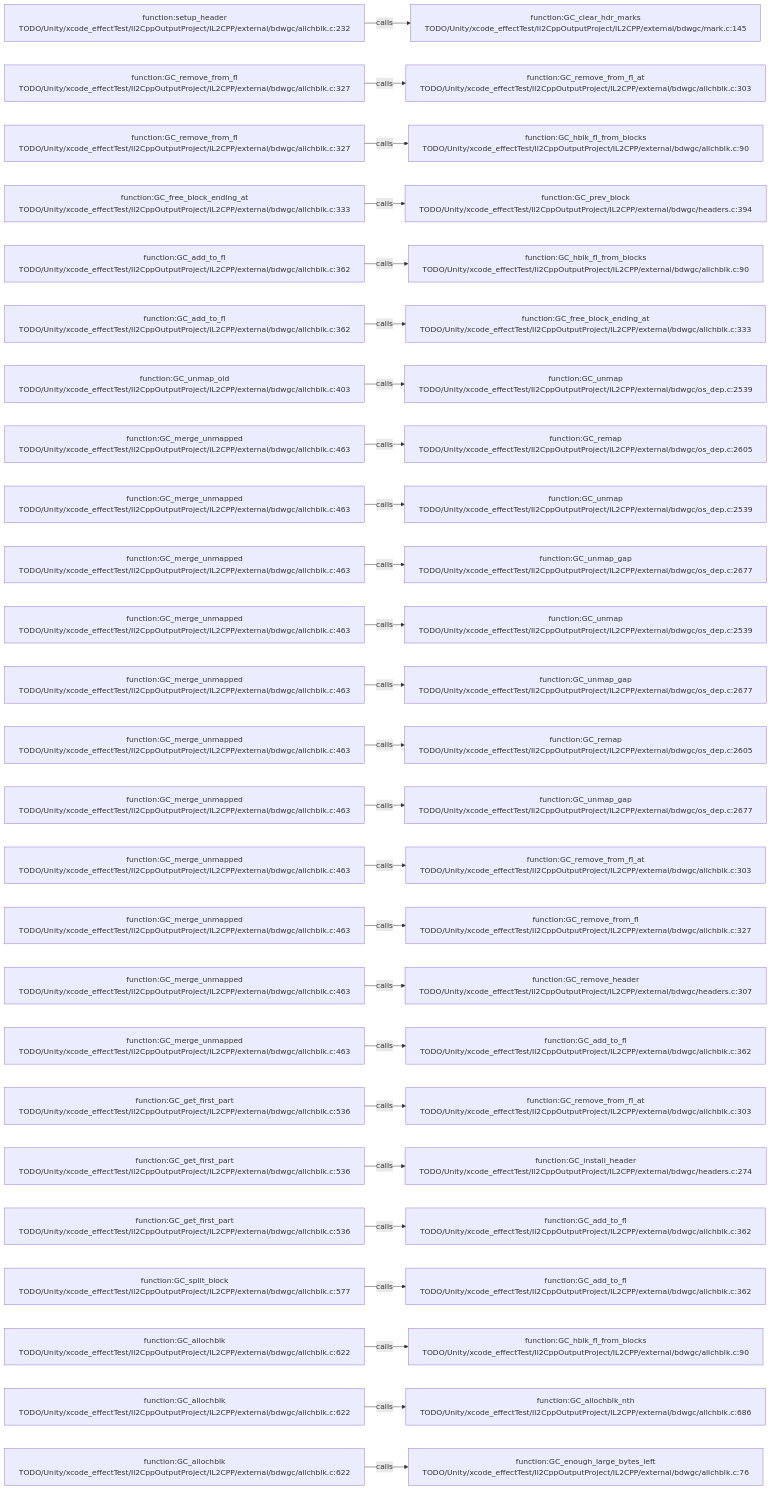
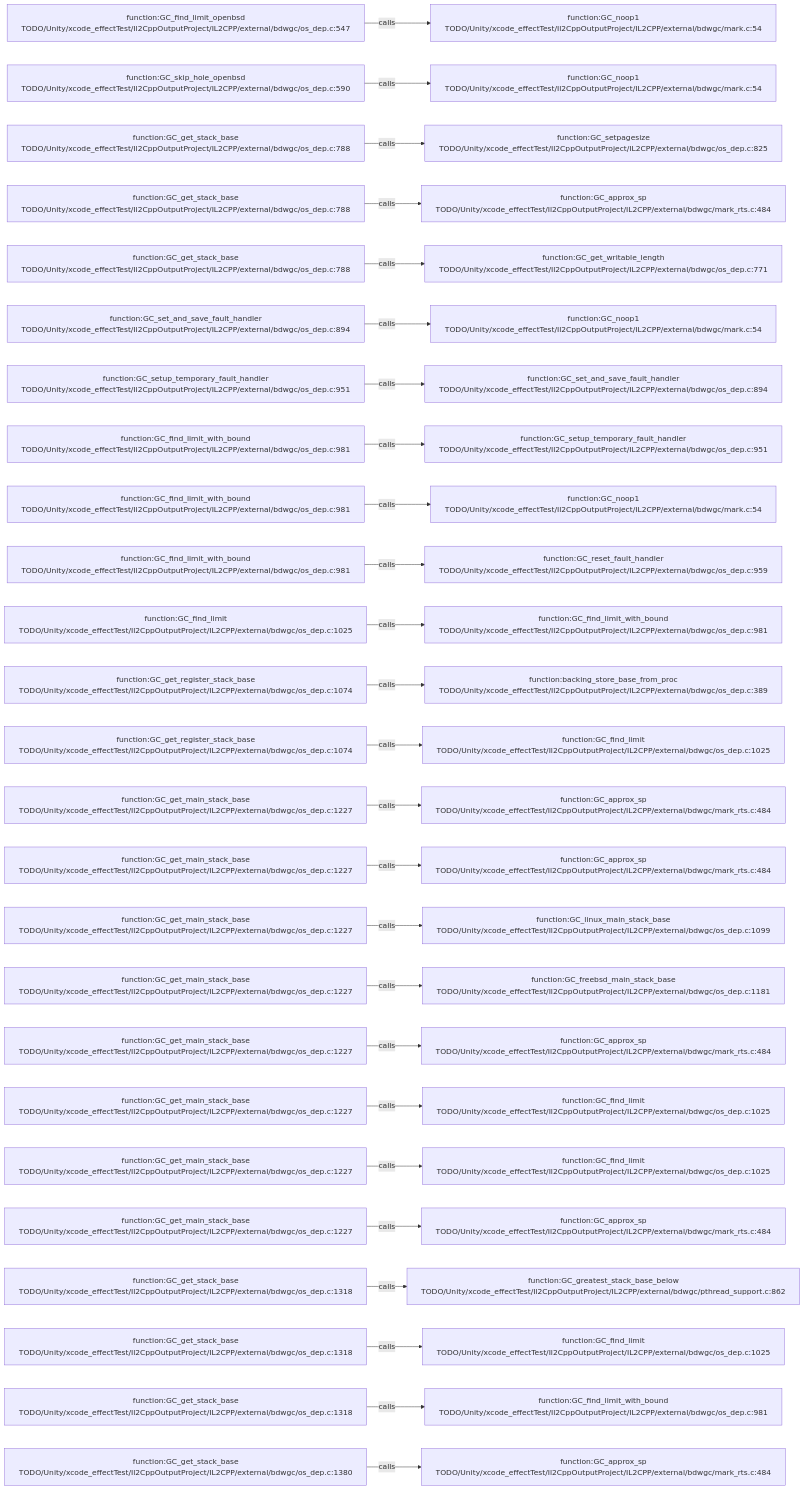
Before and after one commit to JobsKits/JobsSwiftBaseConfigDemo: the diagram in .codegraph/codegraph.md/graphs/calls-142.md, drawn with Mermaid. The commit also changed 227 other files, not shown here.

````diff
--- a/.codegraph/codegraph.md/graphs/calls-142.md
+++ b/.codegraph/codegraph.md/graphs/calls-142.md
@@ -13,78 +13,78 @@
 ```mermaid
 flowchart LR
-  S1["function:setup_header<br/>TODO/Unity/xcode_effectTest/Il2CppOutputProject/IL2CPP/external/bdwgc/allchblk.c:232"]
-  T1["function:GC_clear_hdr_marks<br/>TODO/Unity/xcode_effectTest/Il2CppOutputProject/IL2CPP/external/bdwgc/mark.c:145"]
+  S1["function:GC_find_limit_openbsd<br/>TODO/Unity/xcode_effectTest/Il2CppOutputProject/IL2CPP/external/bdwgc/os_dep.c:547"]
+  T1["function:GC_noop1<br/>TODO/Unity/xcode_effectTest/Il2CppOutputProject/IL2CPP/external/bdwgc/mark.c:54"]
   S1 -->|calls| T1
-  S2["function:GC_remove_from_fl<br/>TODO/Unity/xcode_effectTest/Il2CppOutputProject/IL2CPP/external/bdwgc/allchblk.c:327"]
-  T2["function:GC_remove_from_fl_at<br/>TODO/Unity/xcode_effectTest/Il2CppOutputProject/IL2CPP/external/bdwgc/allchblk.c:303"]
+  S2["function:GC_skip_hole_openbsd<br/>TODO/Unity/xcode_effectTest/Il2CppOutputProject/IL2CPP/external/bdwgc/os_dep.c:590"]
+  T2["function:GC_noop1<br/>TODO/Unity/xcode_effectTest/Il2CppOutputProject/IL2CPP/external/bdwgc/mark.c:54"]
   S2 -->|calls| T2
-  S3["function:GC_remove_from_fl<br/>TODO/Unity/xcode_effectTest/Il2CppOutputProject/IL2CPP/external/bdwgc/allchblk.c:327"]
-  T3["function:GC_hblk_fl_from_blocks<br/>TODO/Unity/xcode_effectTest/Il2CppOutputProject/IL2CPP/external/bdwgc/allchblk.c:90"]
+  S3["function:GC_get_stack_base<br/>TODO/Unity/xcode_effectTest/Il2CppOutputProject/IL2CPP/external/bdwgc/os_dep.c:788"]
+  T3["function:GC_setpagesize<br/>TODO/Unity/xcode_effectTest/Il2CppOutputProject/IL2CPP/external/bdwgc/os_dep.c:825"]
   S3 -->|calls| T3
-  S4["function:GC_free_block_ending_at<br/>TODO/Unity/xcode_effectTest/Il2CppOutputProject/IL2CPP/external/bdwgc/allchblk.c:333"]
-  T4["function:GC_prev_block<br/>TODO/Unity/xcode_effectTest/Il2CppOutputProject/IL2CPP/external/bdwgc/headers.c:394"]
+  S4["function:GC_get_stack_base<br/>TODO/Unity/xcode_effectTest/Il2CppOutputProject/IL2CPP/external/bdwgc/os_dep.c:788"]
+  T4["function:GC_approx_sp<br/>TODO/Unity/xcode_effectTest/Il2CppOutputProject/IL2CPP/external/bdwgc/mark_rts.c:484"]
   S4 -->|calls| T4
-  S5["function:GC_add_to_fl<br/>TODO/Unity/xcode_effectTest/Il2CppOutputProject/IL2CPP/external/bdwgc/allchblk.c:362"]
-  T5["function:GC_hblk_fl_from_blocks<br/>TODO/Unity/xcode_effectTest/Il2CppOutputProject/IL2CPP/external/bdwgc/allchblk.c:90"]
+  S5["function:GC_get_stack_base<br/>TODO/Unity/xcode_effectTest/Il2CppOutputProject/IL2CPP/external/bdwgc/os_dep.c:788"]
+  T5["function:GC_get_writable_length<br/>TODO/Unity/xcode_effectTest/Il2CppOutputProject/IL2CPP/external/bdwgc/os_dep.c:771"]
   S5 -->|calls| T5
-  S6["function:GC_add_to_fl<br/>TODO/Unity/xcode_effectTest/Il2CppOutputProject/IL2CPP/external/bdwgc/allchblk.c:362"]
-  T6["function:GC_free_block_ending_at<br/>TODO/Unity/xcode_effectTest/Il2CppOutputProject/IL2CPP/external/bdwgc/allchblk.c:333"]
+  S6["function:GC_set_and_save_fault_handler<br/>TODO/Unity/xcode_effectTest/Il2CppOutputProject/IL2CPP/external/bdwgc/os_dep.c:894"]
+  T6["function:GC_noop1<br/>TODO/Unity/xcode_effectTest/Il2CppOutputProject/IL2CPP/external/bdwgc/mark.c:54"]
   S6 -->|calls| T6
-  S7["function:GC_unmap_old<br/>TODO/Unity/xcode_effectTest/Il2CppOutputProject/IL2CPP/external/bdwgc/allchblk.c:403"]
-  T7["function:GC_unmap<br/>TODO/Unity/xcode_effectTest/Il2CppOutputProject/IL2CPP/external/bdwgc/os_dep.c:2539"]
+  S7["function:GC_setup_temporary_fault_handler<br/>TODO/Unity/xcode_effectTest/Il2CppOutputProject/IL2CPP/external/bdwgc/os_dep.c:951"]
+  T7["function:GC_set_and_save_fault_handler<br/>TODO/Unity/xcode_effectTest/Il2CppOutputProject/IL2CPP/external/bdwgc/os_dep.c:894"]
   S7 -->|calls| T7
-  S8["function:GC_merge_unmapped<br/>TODO/Unity/xcode_effectTest/Il2CppOutputProject/IL2CPP/external/bdwgc/allchblk.c:463"]
-  T8["function:GC_remap<br/>TODO/Unity/xcode_effectTest/Il2CppOutputProject/IL2CPP/external/bdwgc/os_dep.c:2605"]
+  S8["function:GC_find_limit_with_bound<br/>TODO/Unity/xcode_effectTest/Il2CppOutputProject/IL2CPP/external/bdwgc/os_dep.c:981"]
+  T8["function:GC_setup_temporary_fault_handler<br/>TODO/Unity/xcode_effectTest/Il2CppOutputProject/IL2CPP/external/bdwgc/os_dep.c:951"]
   S8 -->|calls| T8
-  S9["function:GC_merge_unmapped<br/>TODO/Unity/xcode_effectTest/Il2CppOutputProject/IL2CPP/external/bdwgc/allchblk.c:463"]
-  T9["function:GC_unmap<br/>TODO/Unity/xcode_effectTest/Il2CppOutputProject/IL2CPP/external/bdwgc/os_dep.c:2539"]
+  S9["function:GC_find_limit_with_bound<br/>TODO/Unity/xcode_effectTest/Il2CppOutputProject/IL2CPP/external/bdwgc/os_dep.c:981"]
+  T9["function:GC_noop1<br/>TODO/Unity/xcode_effectTest/Il2CppOutputProject/IL2CPP/external/bdwgc/mark.c:54"]
   S9 -->|calls| T9
-  S10["function:GC_merge_unmapped<br/>TODO/Unity/xcode_effectTest/Il2CppOutputProject/IL2CPP/external/bdwgc/allchblk.c:463"]
-  T10["function:GC_unmap_gap<br/>TODO/Unity/xcode_effectTest/Il2CppOutputProject/IL2CPP/external/bdwgc/os_dep.c:2677"]
+  S10["function:GC_find_limit_with_bound<br/>TODO/Unity/xcode_effectTest/Il2CppOutputProject/IL2CPP/external/bdwgc/os_dep.c:981"]
+  T10["function:GC_reset_fault_handler<br/>TODO/Unity/xcode_effectTest/Il2CppOutputProject/IL2CPP/external/bdwgc/os_dep.c:959"]
   S10 -->|calls| T10
-  S11["function:GC_merge_unmapped<br/>TODO/Unity/xcode_effectTest/Il2CppOutputProject/IL2CPP/external/bdwgc/allchblk.c:463"]
-  T11["function:GC_unmap<br/>TODO/Unity/xcode_effectTest/Il2CppOutputProject/IL2CPP/external/bdwgc/os_dep.c:2539"]
+  S11["function:GC_find_limit<br/>TODO/Unity/xcode_effectTest/Il2CppOutputProject/IL2CPP/external/bdwgc/os_dep.c:1025"]
+  T11["function:GC_find_limit_with_bound<br/>TODO/Unity/xcode_effectTest/Il2CppOutputProject/IL2CPP/external/bdwgc/os_dep.c:981"]
   S11 -->|calls| T11
-  S12["function:GC_merge_unmapped<br/>TODO/Unity/xcode_effectTest/Il2CppOutputProject/IL2CPP/external/bdwgc/allchblk.c:463"]
-  T12["function:GC_unmap_gap<br/>TODO/Unity/xcode_effectTest/Il2CppOutputProject/IL2CPP/external/bdwgc/os_dep.c:2677"]
+  S12["function:GC_get_register_stack_base<br/>TODO/Unity/xcode_effectTest/Il2CppOutputProject/IL2CPP/external/bdwgc/os_dep.c:1074"]
+  T12["function:backing_store_base_from_proc<br/>TODO/Unity/xcode_effectTest/Il2CppOutputProject/IL2CPP/external/bdwgc/os_dep.c:389"]
   S12 -->|calls| T12
-  S13["function:GC_merge_unmapped<br/>TODO/Unity/xcode_effectTest/Il2CppOutputProject/IL2CPP/external/bdwgc/allchblk.c:463"]
-  T13["function:GC_remap<br/>TODO/Unity/xcode_effectTest/Il2CppOutputProject/IL2CPP/external/bdwgc/os_dep.c:2605"]
+  S13["function:GC_get_register_stack_base<br/>TODO/Unity/xcode_effectTest/Il2CppOutputProject/IL2CPP/external/bdwgc/os_dep.c:1074"]
+  T13["function:GC_find_limit<br/>TODO/Unity/xcode_effectTest/Il2CppOutputProject/IL2CPP/external/bdwgc/os_dep.c:1025"]
   S13 -->|calls| T13
-  S14["function:GC_merge_unmapped<br/>TODO/Unity/xcode_effectTest/Il2CppOutputProject/IL2CPP/external/bdwgc/allchblk.c:463"]
-  T14["function:GC_unmap_gap<br/>TODO/Unity/xcode_effectTest/Il2CppOutputProject/IL2CPP/external/bdwgc/os_dep.c:2677"]
+  S14["function:GC_get_main_stack_base<br/>TODO/Unity/xcode_effectTest/Il2CppOutputProject/IL2CPP/external/bdwgc/os_dep.c:1227"]
+  T14["function:GC_approx_sp<br/>TODO/Unity/xcode_effectTest/Il2CppOutputProject/IL2CPP/external/bdwgc/mark_rts.c:484"]
   S14 -->|calls| T14
-  S15["function:GC_merge_unmapped<br/>TODO/Unity/xcode_effectTest/Il2CppOutputProject/IL2CPP/external/bdwgc/allchblk.c:463"]
-  T15["function:GC_remove_from_fl_at<br/>TODO/Unity/xcode_effectTest/Il2CppOutputProject/IL2CPP/external/bdwgc/allchblk.c:303"]
+  S15["function:GC_get_main_stack_base<br/>TODO/Unity/xcode_effectTest/Il2CppOutputProject/IL2CPP/external/bdwgc/os_dep.c:1227"]
+  T15["function:GC_approx_sp<br/>TODO/Unity/xcode_effectTest/Il2CppOutputProject/IL2CPP/external/bdwgc/mark_rts.c:484"]
   S15 -->|calls| T15
-  S16["function:GC_merge_unmapped<br/>TODO/Unity/xcode_effectTest/Il2CppOutputProject/IL2CPP/external/bdwgc/allchblk.c:463"]
-  T16["function:GC_remove_from_fl<br/>TODO/Unity/xcode_effectTest/Il2CppOutputProject/IL2CPP/external/bdwgc/allchblk.c:327"]
+  S16["function:GC_get_main_stack_base<br/>TODO/Unity/xcode_effectTest/Il2CppOutputProject/IL2CPP/external/bdwgc/os_dep.c:1227"]
+  T16["function:GC_linux_main_stack_base<br/>TODO/Unity/xcode_effectTest/Il2CppOutputProject/IL2CPP/external/bdwgc/os_dep.c:1099"]
   S16 -->|calls| T16
-  S17["function:GC_merge_unmapped<br/>TODO/Unity/xcode_effectTest/Il2CppOutputProject/IL2CPP/external/bdwgc/allchblk.c:463"]
-  T17["function:GC_remove_header<br/>TODO/Unity/xcode_effectTest/Il2CppOutputProject/IL2CPP/external/bdwgc/headers.c:307"]
+  S17["function:GC_get_main_stack_base<br/>TODO/Unity/xcode_effectTest/Il2CppOutputProject/IL2CPP/external/bdwgc/os_dep.c:1227"]
+  T17["function:GC_freebsd_main_stack_base<br/>TODO/Unity/xcode_effectTest/Il2CppOutputProject/IL2CPP/external/bdwgc/os_dep.c:1181"]
   S17 -->|calls| T17
-  S18["function:GC_merge_unmapped<br/>TODO/Unity/xcode_effectTest/Il2CppOutputProject/IL2CPP/external/bdwgc/allchblk.c:463"]
-  T18["function:GC_add_to_fl<br/>TODO/Unity/xcode_effectTest/Il2CppOutputProject/IL2CPP/external/bdwgc/allchblk.c:362"]
+  S18["function:GC_get_main_stack_base<br/>TODO/Unity/xcode_effectTest/Il2CppOutputProject/IL2CPP/external/bdwgc/os_dep.c:1227"]
+  T18["function:GC_approx_sp<br/>TODO/Unity/xcode_effectTest/Il2CppOutputProject/IL2CPP/external/bdwgc/mark_rts.c:484"]
   S18 -->|calls| T18
-  S19["function:GC_get_first_part<br/>TODO/Unity/xcode_effectTest/Il2CppOutputProject/IL2CPP/external/bdwgc/allchblk.c:536"]
-  T19["function:GC_remove_from_fl_at<br/>TODO/Unity/xcode_effectTest/Il2CppOutputProject/IL2CPP/external/bdwgc/allchblk.c:303"]
+  S19["function:GC_get_main_stack_base<br/>TODO/Unity/xcode_effectTest/Il2CppOutputProject/IL2CPP/external/bdwgc/os_dep.c:1227"]
+  T19["function:GC_find_limit<br/>TODO/Unity/xcode_effectTest/Il2CppOutputProject/IL2CPP/external/bdwgc/os_dep.c:1025"]
   S19 -->|calls| T19
-  S20["function:GC_get_first_part<br/>TODO/Unity/xcode_effectTest/Il2CppOutputProject/IL2CPP/external/bdwgc/allchblk.c:536"]
-  T20["function:GC_install_header<br/>TODO/Unity/xcode_effectTest/Il2CppOutputProject/IL2CPP/external/bdwgc/headers.c:274"]
+  S20["function:GC_get_main_stack_base<br/>TODO/Unity/xcode_effectTest/Il2CppOutputProject/IL2CPP/external/bdwgc/os_dep.c:1227"]
+  T20["function:GC_find_limit<br/>TODO/Unity/xcode_effectTest/Il2CppOutputProject/IL2CPP/external/bdwgc/os_dep.c:1025"]
   S20 -->|calls| T20
-  S21["function:GC_get_first_part<br/>TODO/Unity/xcode_effectTest/Il2CppOutputProject/IL2CPP/external/bdwgc/allchblk.c:536"]
-  T21["function:GC_add_to_fl<br/>TODO/Unity/xcode_effectTest/Il2CppOutputProject/IL2CPP/external/bdwgc/allchblk.c:362"]
+  S21["function:GC_get_main_stack_base<br/>TODO/Unity/xcode_effectTest/Il2CppOutputProject/IL2CPP/external/bdwgc/os_dep.c:1227"]
+  T21["function:GC_approx_sp<br/>TODO/Unity/xcode_effectTest/Il2CppOutputProject/IL2CPP/external/bdwgc/mark_rts.c:484"]
   S21 -->|calls| T21
-  S22["function:GC_split_block<br/>TODO/Unity/xcode_effectTest/Il2CppOutputProject/IL2CPP/external/bdwgc/allchblk.c:577"]
-  T22["function:GC_add_to_fl<br/>TODO/Unity/xcode_effectTest/Il2CppOutputProject/IL2CPP/external/bdwgc/allchblk.c:362"]
+  S22["function:GC_get_stack_base<br/>TODO/Unity/xcode_effectTest/Il2CppOutputProject/IL2CPP/external/bdwgc/os_dep.c:1318"]
+  T22["function:GC_greatest_stack_base_below<br/>TODO/Unity/xcode_effectTest/Il2CppOutputProject/IL2CPP/external/bdwgc/pthread_support.c:862"]
   S22 -->|calls| T22
-  S23["function:GC_allochblk<br/>TODO/Unity/xcode_effectTest/Il2CppOutputProject/IL2CPP/external/bdwgc/allchblk.c:622"]
-  T23["function:GC_hblk_fl_from_blocks<br/>TODO/Unity/xcode_effectTest/Il2CppOutputProject/IL2CPP/external/bdwgc/allchblk.c:90"]
+  S23["function:GC_get_stack_base<br/>TODO/Unity/xcode_effectTest/Il2CppOutputProject/IL2CPP/external/bdwgc/os_dep.c:1318"]
+  T23["function:GC_find_limit<br/>TODO/Unity/xcode_effectTest/Il2CppOutputProject/IL2CPP/external/bdwgc/os_dep.c:1025"]
   S23 -->|calls| T23
-  S24["function:GC_allochblk<br/>TODO/Unity/xcode_effectTest/Il2CppOutputProject/IL2CPP/external/bdwgc/allchblk.c:622"]
-  T24["function:GC_allochblk_nth<br/>TODO/Unity/xcode_effectTest/Il2CppOutputProject/IL2CPP/external/bdwgc/allchblk.c:686"]
+  S24["function:GC_get_stack_base<br/>TODO/Unity/xcode_effectTest/Il2CppOutputProject/IL2CPP/external/bdwgc/os_dep.c:1318"]
+  T24["function:GC_find_limit_with_bound<br/>TODO/Unity/xcode_effectTest/Il2CppOutputProject/IL2CPP/external/bdwgc/os_dep.c:981"]
   S24 -->|calls| T24
-  S25["function:GC_allochblk<br/>TODO/Unity/xcode_effectTest/Il2CppOutputProject/IL2CPP/external/bdwgc/allchblk.c:622"]
-  T25["function:GC_enough_large_bytes_left<br/>TODO/Unity/xcode_effectTest/Il2CppOutputProject/IL2CPP/external/bdwgc/allchblk.c:76"]
+  S25["function:GC_get_stack_base<br/>TODO/Unity/xcode_effectTest/Il2CppOutputProject/IL2CPP/external/bdwgc/os_dep.c:1380"]
+  T25["function:GC_approx_sp<br/>TODO/Unity/xcode_effectTest/Il2CppOutputProject/IL2CPP/external/bdwgc/mark_rts.c:484"]
   S25 -->|calls| T25
 ```
````
